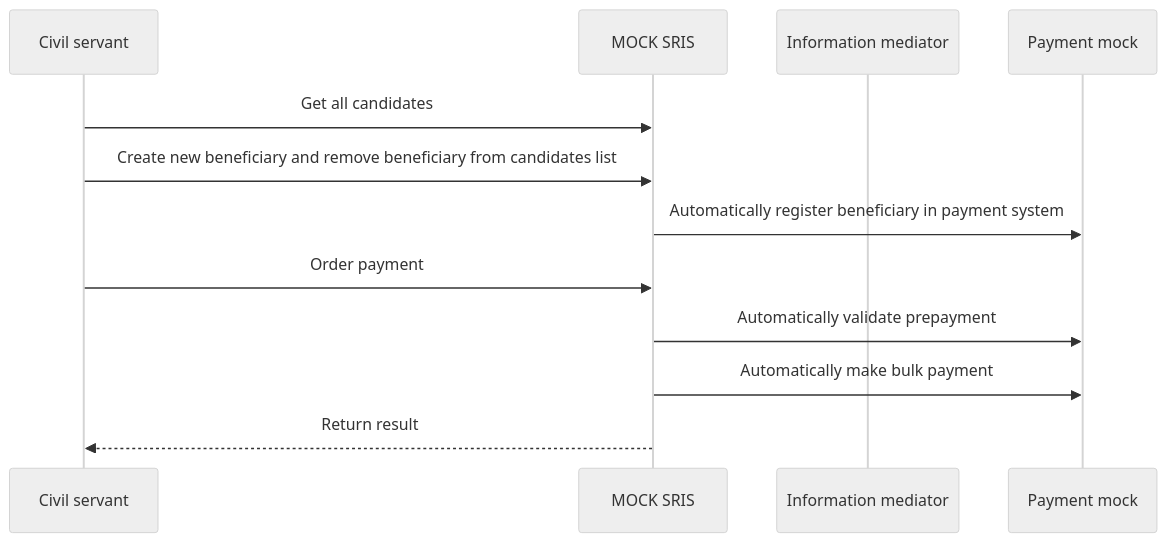
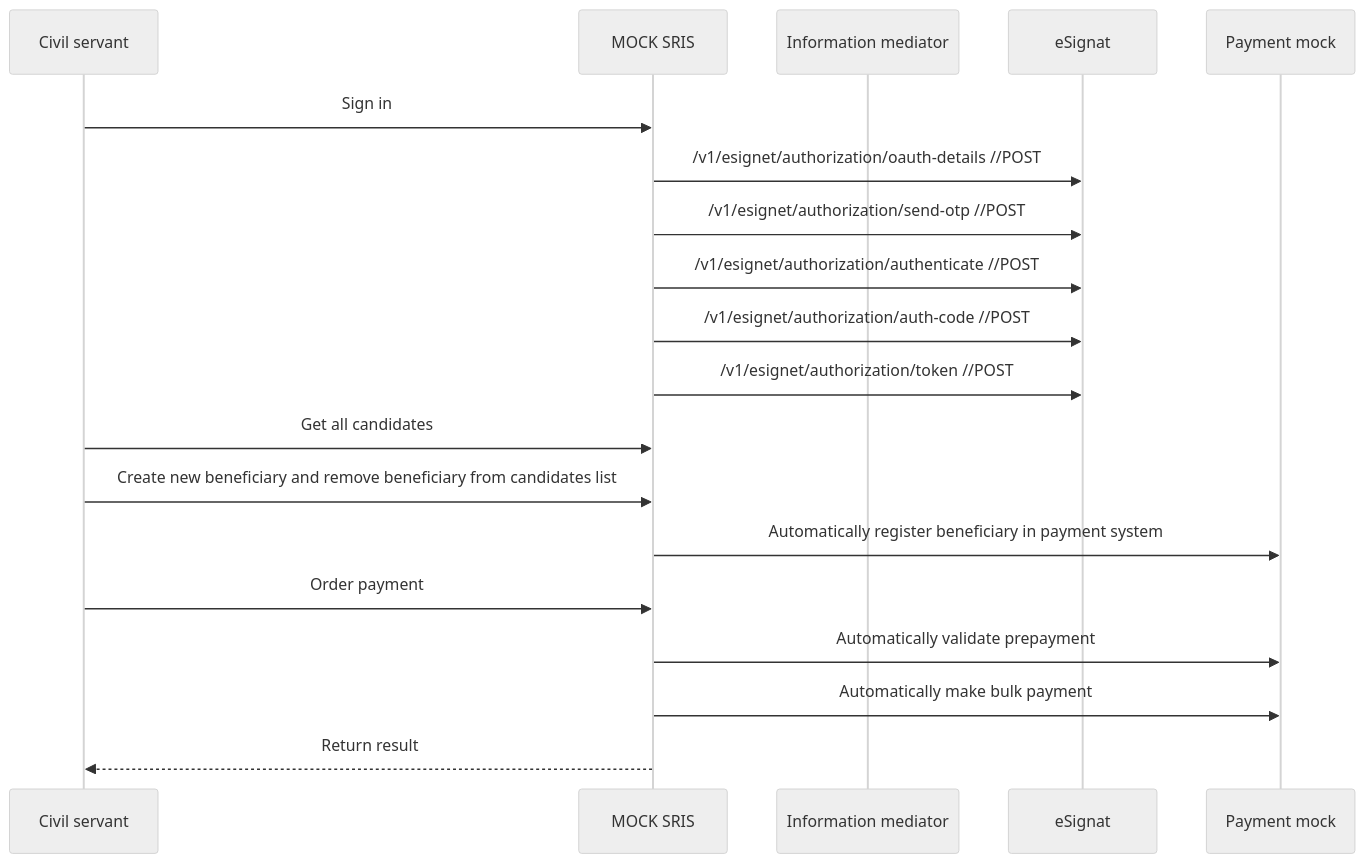
The diagram in docs/main.md (GovStackWorkingGroup/sandbox-usecase-usct-backend), drawn with Mermaid (neutral theme) before and after one commit. The commit also changed other lines of this file and 2 other files, not shown here.

Commit message:
Mosip onboarding info

````diff
--- a/docs/main.md
+++ b/docs/main.md
@@ -13,12 +16,18 @@
 ```mermaid
 sequenceDiagram
-
-Civil servant ->> MOCK SRIS: Get all candidates
-Civil servant ->> MOCK SRIS: Create new beneficiary and remove beneficiary from candidates list
+    Civil servant ->> MOCK SRIS: Sign in
     participant im as Information mediator
-MOCK SRIS ->> Payment mock: Automatically register beneficiary in payment system
-Civil servant ->> MOCK SRIS: Order payment
-MOCK SRIS ->> Payment mock: Automatically validate prepayment
-MOCK SRIS ->> Payment mock: Automatically make bulk payment
-MOCK SRIS -->> Civil servant: Return result
+    MOCK SRIS ->> eSignat: /v1/esignet/authorization/oauth-details //POST
+    MOCK SRIS ->> eSignat: /v1/esignet/authorization/send-otp //POST
+    MOCK SRIS ->> eSignat: /v1/esignet/authorization/authenticate //POST
+    MOCK SRIS ->> eSignat: /v1/esignet/authorization/auth-code //POST
+    MOCK SRIS ->> eSignat: /v1/esignet/authorization/token //POST
+%%    Civil servant ->> eSignat: /v1/esignet/authorization/userinfo //GET no need for sign in step 
+    Civil servant ->> MOCK SRIS: Get all candidates
+    Civil servant ->> MOCK SRIS: Create new beneficiary and remove beneficiary from candidates list
+    MOCK SRIS ->> Payment mock: Automatically register beneficiary in payment system
+    Civil servant ->> MOCK SRIS: Order payment
+    MOCK SRIS ->> Payment mock: Automatically validate prepayment
+    MOCK SRIS ->> Payment mock: Automatically make bulk payment
+    MOCK SRIS -->> Civil servant: Return result
 ```
````
